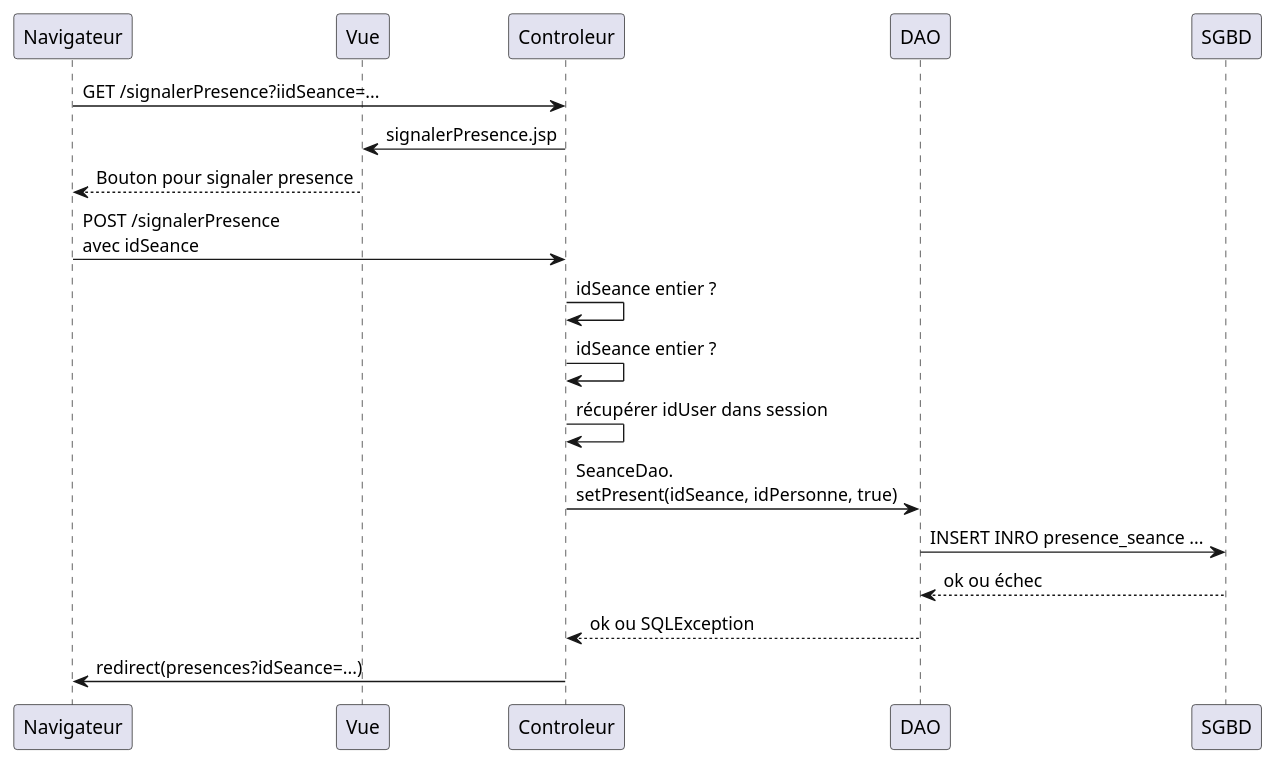
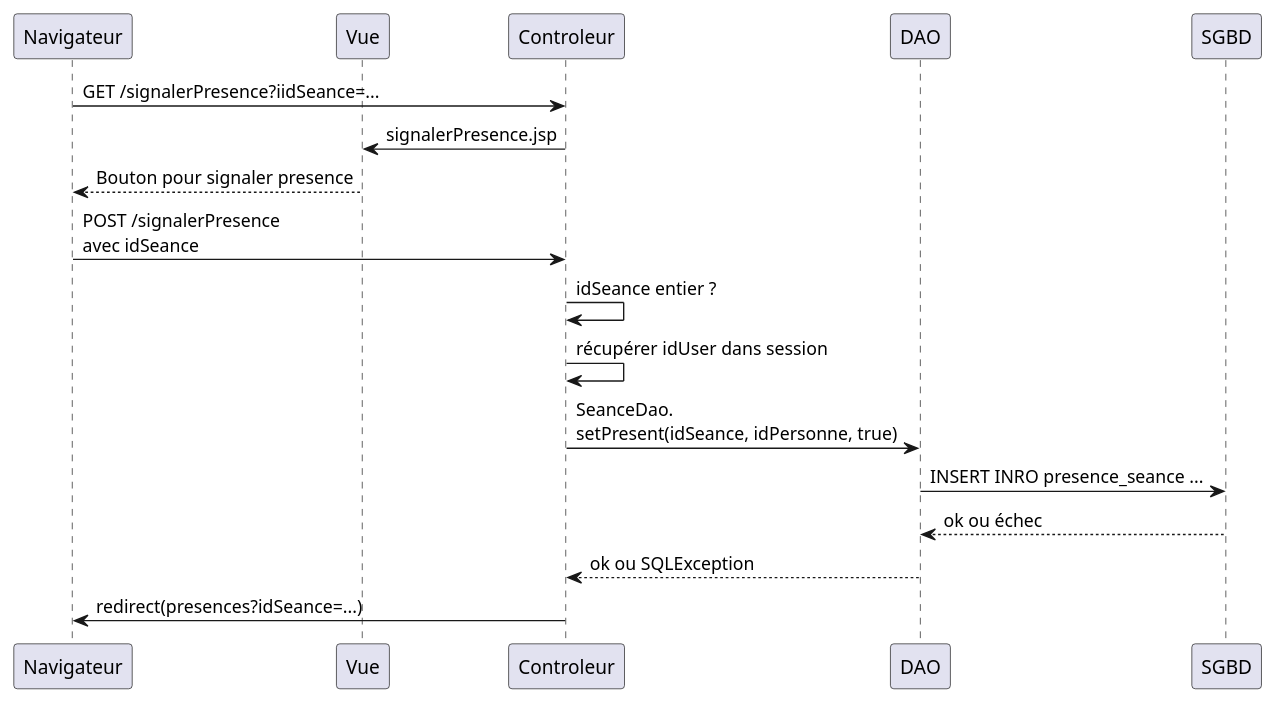
Before and after one commit to michel-plasse/SIOMassy2022: the diagram in src/main/uml/signalerPresence.puml, drawn with PlantUML. The commit also changed 3 other files, not shown here.

```diff
--- a/src/main/uml/signalerPresence.puml
+++ b/src/main/uml/signalerPresence.puml
@@ -1,18 +1,17 @@
 @startuml
 participant Navigateur
 participant Vue
 
 Navigateur -> Controleur: GET /signalerPresence?iidSeance=...
 Controleur -> Vue : signalerPresence.jsp
 Vue --> Navigateur : Bouton pour signaler presence
 Navigateur -> Controleur: POST /signalerPresence\navec idSeance
 Controleur -> Controleur: idSeance entier ?
-Controleur -> Controleur: idSeance entier ?
 Controleur -> Controleur: récupérer idUser dans session
 Controleur -> DAO: SeanceDao.\nsetPresent(idSeance, idPersonne, true)
 
 DAO -> SGBD: INSERT INRO presence_seance ...
 SGBD --> DAO: ok ou échec
 DAO --> Controleur:  ok ou SQLException
 Controleur -> Navigateur: redirect(presences?idSeance=...)
 @enduml
```
